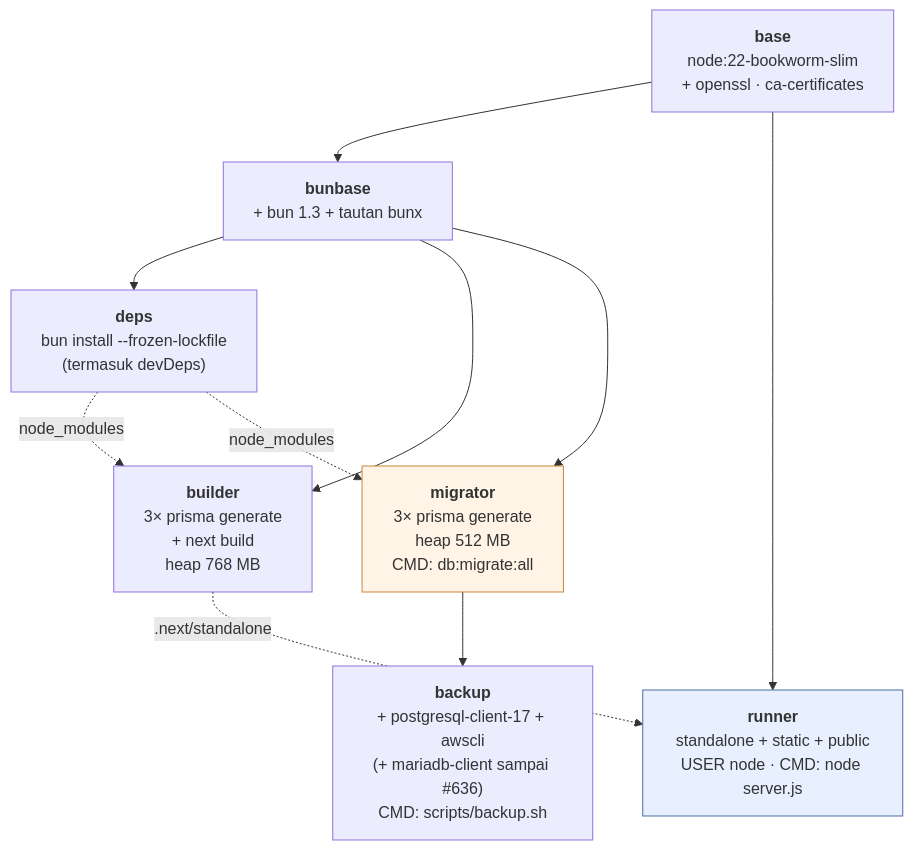
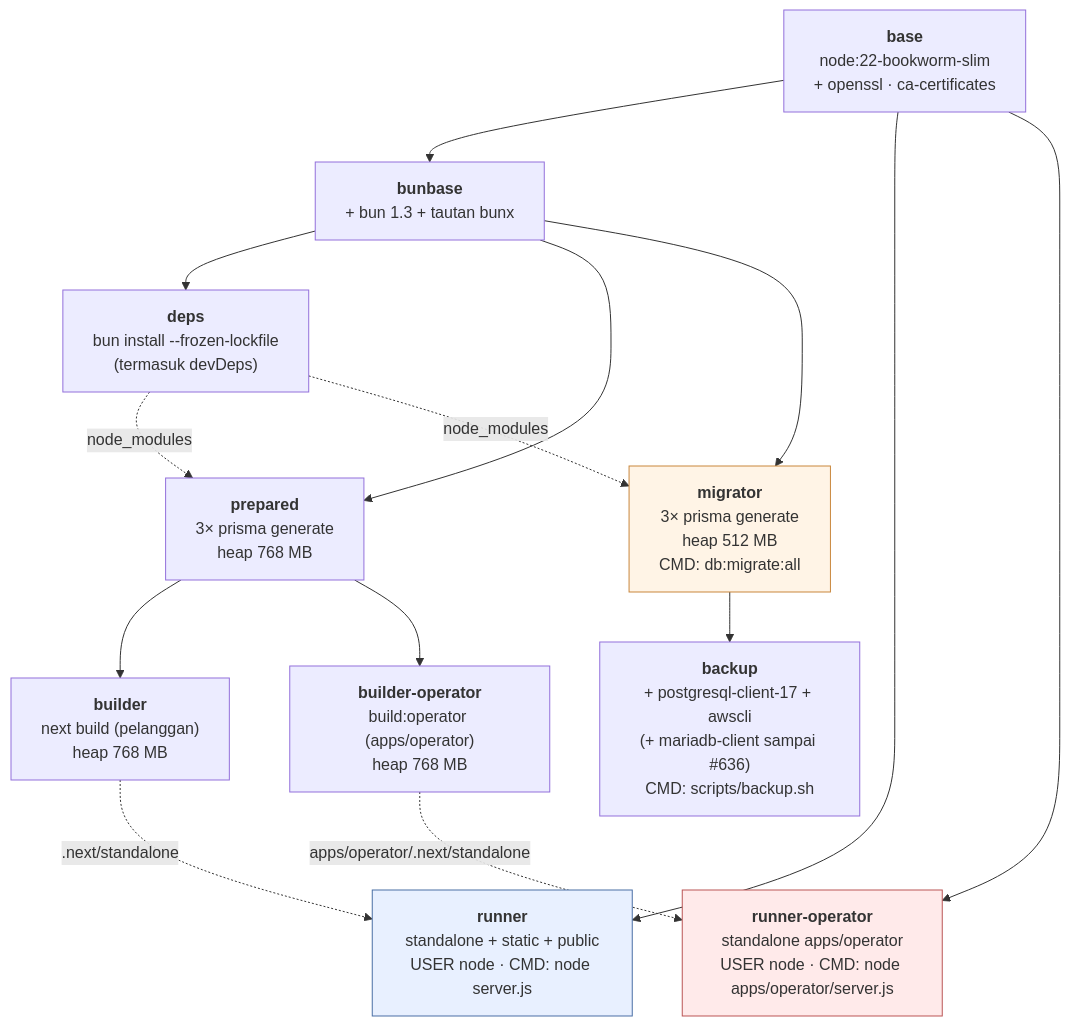
Before and after one commit to tri-evendi/sai-accounting: the second of 5 diagrams in docs/arsitektur/07-INFRASTRUKTUR-DEPLOY.md, drawn with Mermaid. The commit also changed other lines of this file and 43 other files, not shown here.

````diff
--- a/docs/arsitektur/07-INFRASTRUKTUR-DEPLOY.md
+++ b/docs/arsitektur/07-INFRASTRUKTUR-DEPLOY.md
@@ -107,22 +103,30 @@
 ```mermaid
 graph TD
     BASE["<b>base</b><br/>node:22-bookworm-slim<br/>+ openssl · ca-certificates"]
     BUN["<b>bunbase</b><br/>+ bun 1.3 + tautan bunx"]
     DEPS["<b>deps</b><br/>bun install --frozen-lockfile<br/>(termasuk devDeps)"]
-    BUILD["<b>builder</b><br/>3× prisma generate<br/>+ next build<br/>heap 768 MB"]
+    PREP["<b>prepared</b><br/>3× prisma generate<br/>heap 768 MB"]
+    BUILD["<b>builder</b><br/>next build (pelanggan)<br/>heap 768 MB"]
+    BUILDO["<b>builder-operator</b><br/>build:operator (apps/operator)<br/>heap 768 MB"]
     MIGR["<b>migrator</b><br/>3× prisma generate<br/>heap 512 MB<br/>CMD: db:migrate:all"]
     BAK["<b>backup</b><br/>+ postgresql-client-17 + awscli<br/>(+ mariadb-client sampai #636)<br/>CMD: scripts/backup.sh"]
     RUN["<b>runner</b><br/>standalone + static + public<br/>USER node · CMD: node server.js"]
+    RUNO["<b>runner-operator</b><br/>standalone apps/operator<br/>USER node · CMD: node apps/operator/server.js"]
 
     BASE --> BUN --> DEPS
-    BUN --> BUILD
+    BUN --> PREP
+    PREP --> BUILD
+    PREP --> BUILDO
     BUN --> MIGR
-    DEPS -.->|node_modules| BUILD
+    DEPS -.->|node_modules| PREP
     DEPS -.->|node_modules| MIGR
     MIGR --> BAK
     BUILD -.->|.next/standalone| RUN
+    BUILDO -.->|apps/operator/.next/standalone| RUNO
     BASE --> RUN
+    BASE --> RUNO
 
     style RUN fill:#e8f0ff,stroke:#4a6fa5
+    style RUNO fill:#ffeaea,stroke:#b55
     style MIGR fill:#fff4e6,stroke:#c9873d
 ```
````
